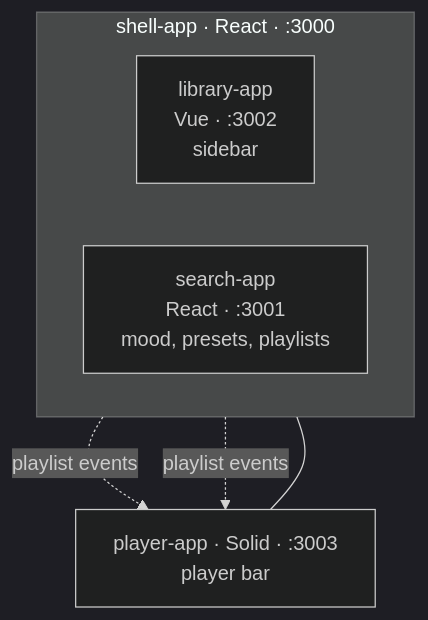
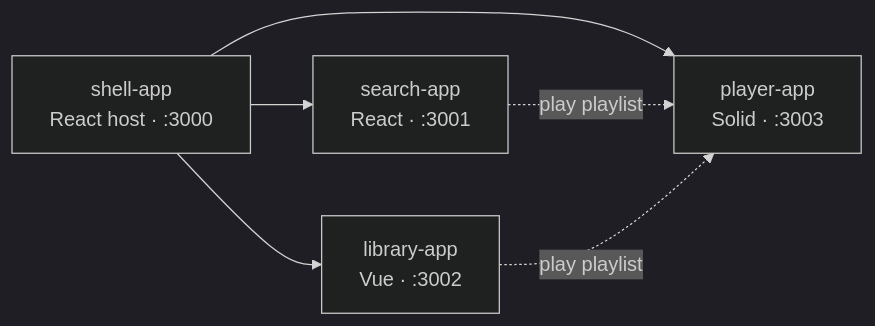
The second of 2 diagrams in README.md (MDBossss/sentio), drawn with Mermaid (dark theme) before and after one commit.

Commit message:
README: simpler architecture diagram

````diff
--- a/README.md
+++ b/README.md
@@ -48,12 +48,8 @@
 ```mermaid
-flowchart TB
-    subgraph Shell["shell-app · React · :3000"]
-      direction LR
-      L["library-app<br/>Vue · :3002<br/>sidebar"]
-      S["search-app<br/>React · :3001<br/>mood, presets, playlists"]
-    end
-    P["player-app · Solid · :3003<br/>player bar"]
-    Shell --- P
-    S -. playlist events .-> P
-    L -. playlist events .-> P
+flowchart LR
+    H["shell-app<br/>React host · :3000"] --> S["search-app<br/>React · :3001"]
+    H --> L["library-app<br/>Vue · :3002"]
+    H --> P["player-app<br/>Solid · :3003"]
+    S -. "play playlist" .-> P
+    L -. "play playlist" .-> P
 ```
````
